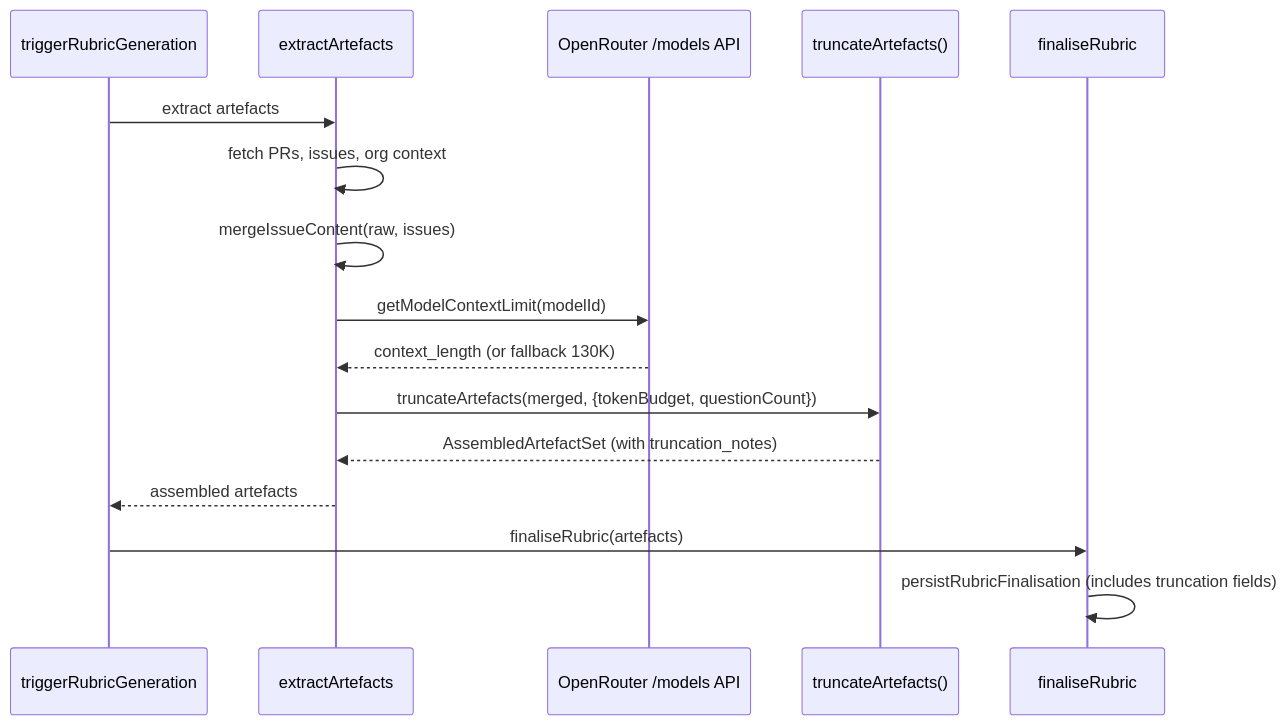
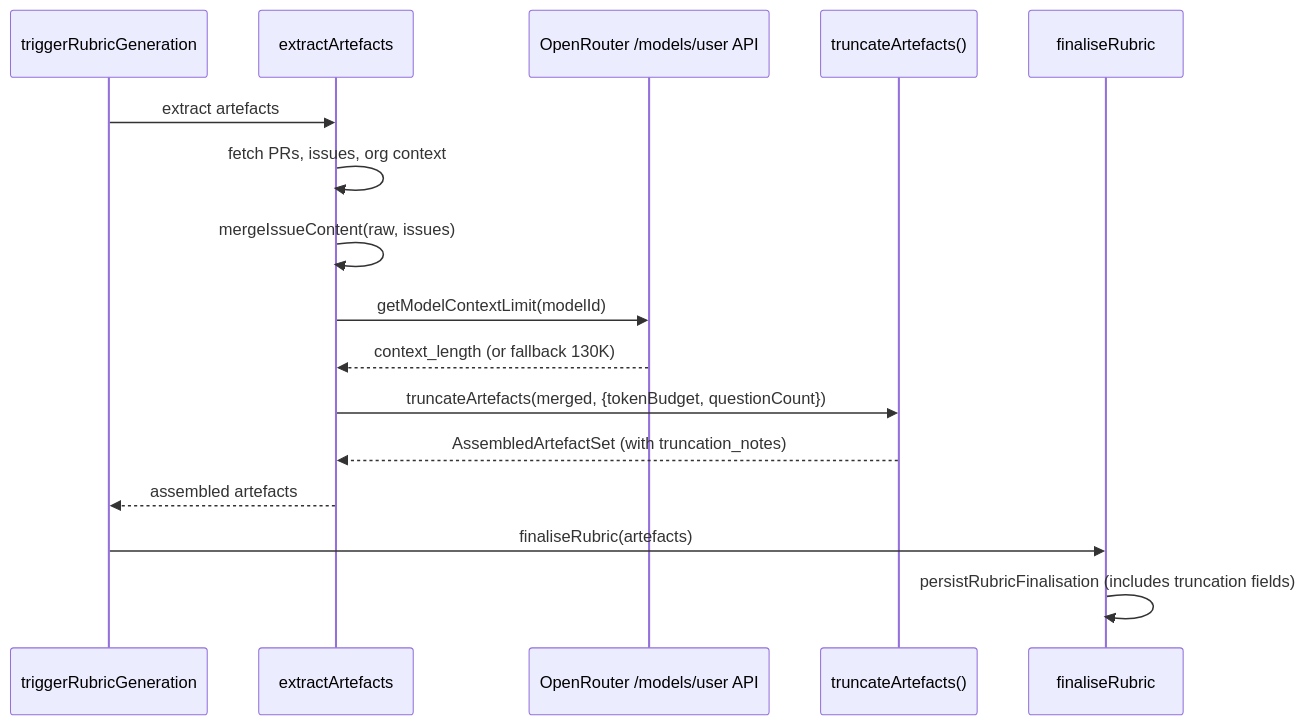
The first of 3 diagrams in docs/design/lld-v5-e1-token-budget.md (mironyx/feature-comprehension-score), drawn with Mermaid before and after one commit. The commit also changed other lines of this file and 2 other files, not shown here.

````diff
--- a/docs/design/lld-v5-e1-token-budget.md
+++ b/docs/design/lld-v5-e1-token-budget.md
@@ -28,19 +30,19 @@
 ```mermaid
 sequenceDiagram
     participant TRG as triggerRubricGeneration
     participant EA as extractArtefacts
-    participant ORL as OpenRouter /models API
+    participant ORL as OpenRouter /models/user API
     participant TF as truncateArtefacts()
     participant FR as finaliseRubric
 
     TRG->>EA: extract artefacts
     EA->>EA: fetch PRs, issues, org context
     EA->>EA: mergeIssueContent(raw, issues)
     EA->>ORL: getModelContextLimit(modelId)
     ORL-->>EA: context_length (or fallback 130K)
     EA->>TF: truncateArtefacts(merged, {tokenBudget, questionCount})
     TF-->>EA: AssembledArtefactSet (with truncation_notes)
     EA-->>TRG: assembled artefacts
     TRG->>FR: finaliseRubric(artefacts)
     FR->>FR: persistRubricFinalisation (includes truncation fields)
 ```
````
